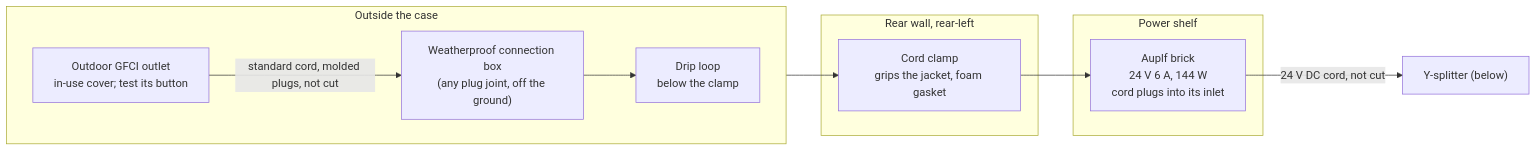
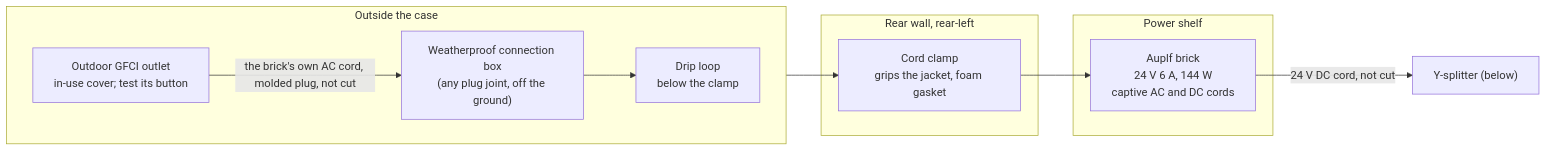
Before and after one commit to davidwkeith/atmosfx-projector-case: the first of 3 diagrams in docs/WIRING.md, drawn with Mermaid. The commit also changed other lines of this file and 6 other files, not shown here.

First line of the commit message:
Brick label and captive cords: CSA C/US, indoor only, centre positive, 1.6 A in

````diff
--- a/docs/WIRING.md
+++ b/docs/WIRING.md
@@ -15,17 +15,17 @@
 ```mermaid
 flowchart LR
   subgraph OUT["Outside the case"]
     direction LR
     GFCI["Outdoor GFCI outlet<br/>in-use cover; test its button"]
     BOX["Weatherproof connection box<br/>(any plug joint, off the ground)"]
     LOOP["Drip loop<br/>below the clamp"]
   end
   subgraph WALL["Rear wall, rear-left"]
     CLAMP["Cord clamp<br/>grips the jacket, foam gasket"]
   end
   subgraph SHELF["Power shelf"]
-    BRICK["Auplf brick<br/>24 V 6 A, 144 W<br/>cord plugs into its inlet"]
+    BRICK["Auplf brick<br/>24 V 6 A, 144 W<br/>captive AC and DC cords"]
   end
-  GFCI -- "standard cord, molded plugs, not cut" --> BOX --> LOOP --> CLAMP --> BRICK
+  GFCI -- "the brick's own AC cord, molded plug, not cut" --> BOX --> LOOP --> CLAMP --> BRICK
   BRICK -- "24 V DC cord, not cut" --> DC["Y-splitter (below)"]
 ```
````
